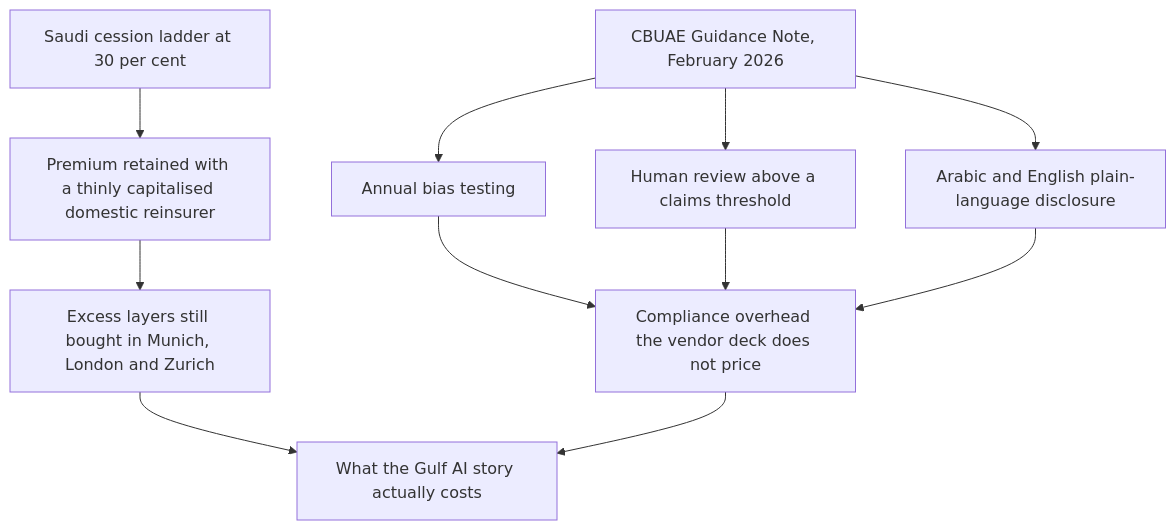
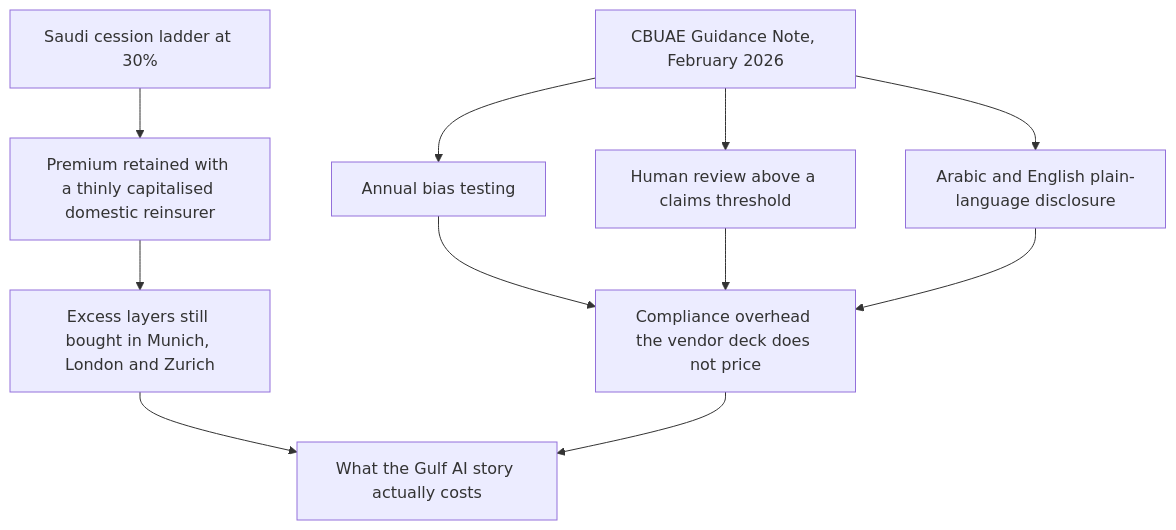
Before and after one commit to TarrySingh/tarrysingh-com: the diagram in content/blog/riyadh-re-cession-ladder-guidance-note-weight.mdx, drawn with Mermaid. The commit also changed other lines of this file and 82 other files, not shown here.

````diff
--- a/content/blog/riyadh-re-cession-ladder-guidance-note-weight.mdx
+++ b/content/blog/riyadh-re-cession-ladder-guidance-note-weight.mdx
@@ -28,14 +28,14 @@
 ```mermaid
 %% caption: Two regulators press on the same carrier from opposite directions.
 flowchart TD
-    A[Saudi cession ladder at 30 per cent] --> B[Premium retained with a thinly capitalised domestic reinsurer]
+    A[Saudi cession ladder at 30%] --> B[Premium retained with a thinly capitalised domestic reinsurer]
     B --> C[Excess layers still bought in Munich, London and Zurich]
     D[CBUAE Guidance Note, February 2026] --> E[Annual bias testing]
     D --> F[Human review above a claims threshold]
     D --> G[Arabic and English plain-language disclosure]
     E --> H[Compliance overhead the vendor deck does not price]
     F --> H
     G --> H
     C --> I[What the Gulf AI story actually costs]
     H --> I
 ```
````
